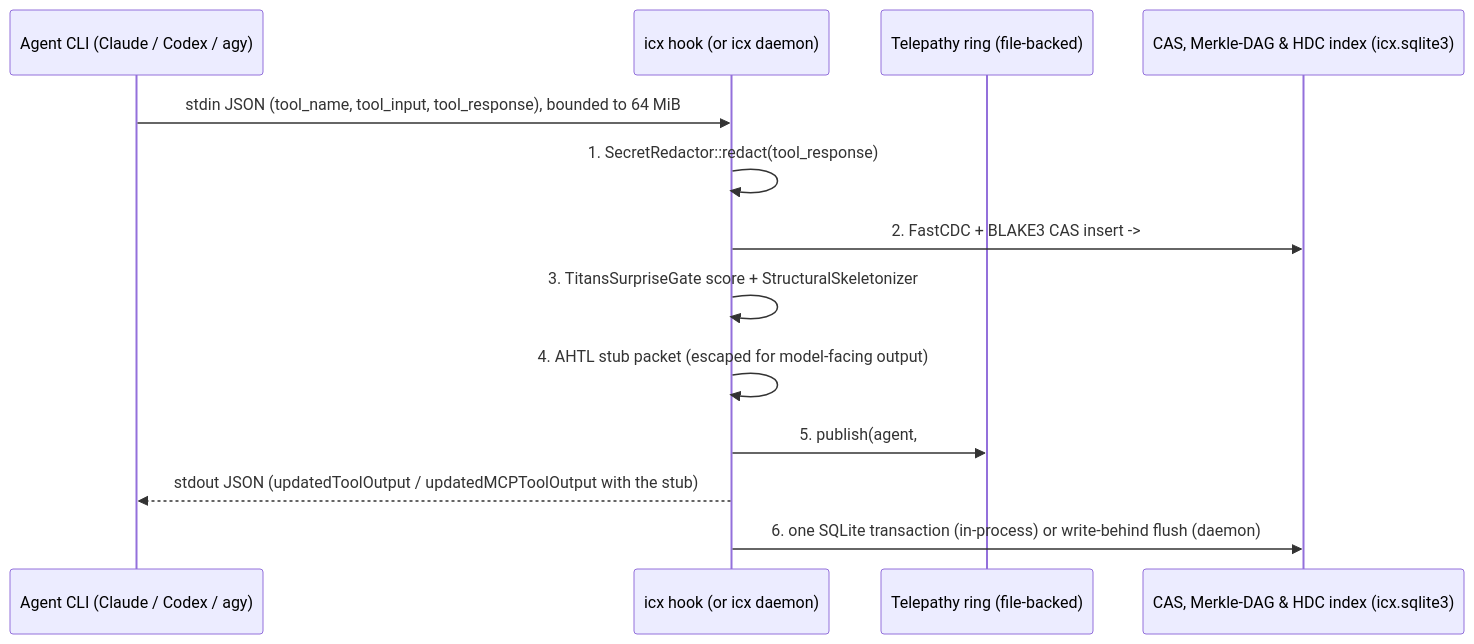
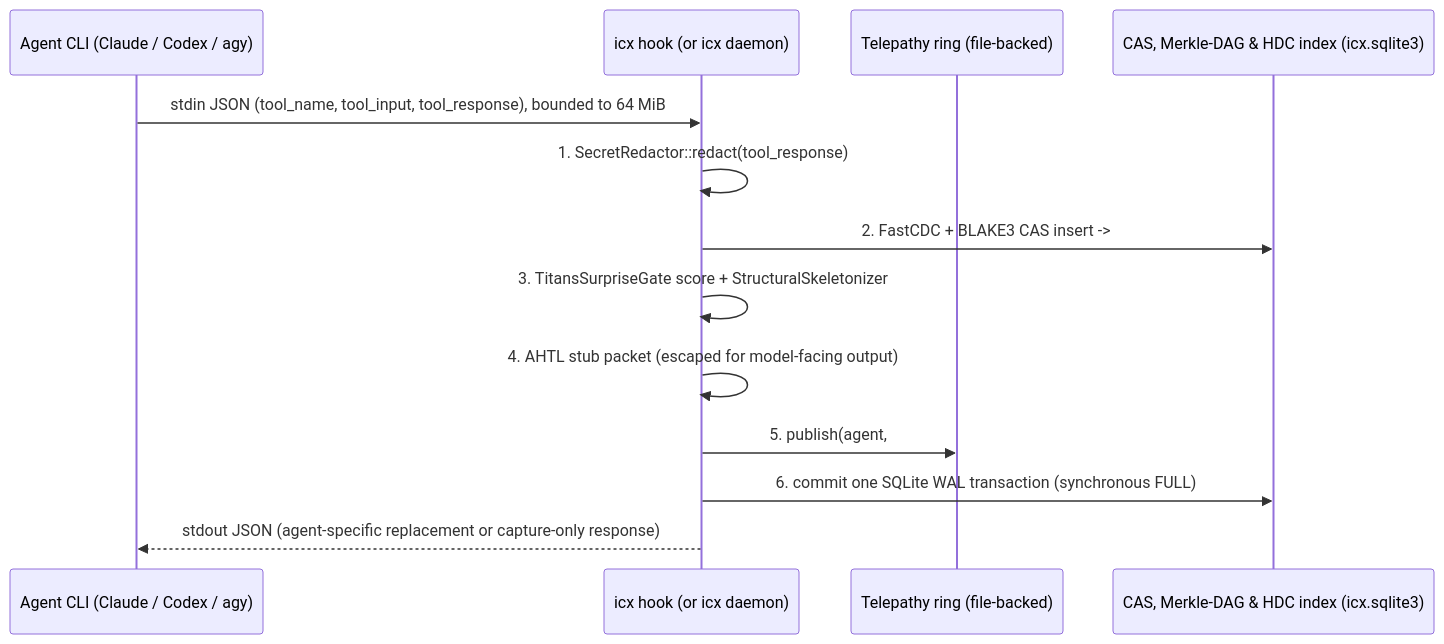
The second of 2 diagrams in docs/architecture.md (doublegate/Infinity-Context), drawn with Mermaid before and after one commit. The commit also changed other lines of this file and 594 other files, not shown here.

````diff
--- a/docs/architecture.md
+++ b/docs/architecture.md
@@ -73,16 +77,16 @@
 ```mermaid
 sequenceDiagram
     participant Agent as Agent CLI (Claude / Codex / agy)
     participant Hook as icx hook (or icx daemon)
     participant Bus as Telepathy ring (file-backed)
     participant Store as CAS, Merkle-DAG & HDC index (icx.sqlite3)
 
     Agent->>Hook: stdin JSON (tool_name, tool_input, tool_response), bounded to 64 MiB
     Hook->>Hook: 1. SecretRedactor::redact(tool_response)
     Hook->>Store: 2. FastCDC + BLAKE3 CAS insert -> #icx:7f3a91c0d2e4b6a8
     Hook->>Hook: 3. TitansSurpriseGate score + StructuralSkeletonizer
     Hook->>Hook: 4. AHTL stub packet (escaped for model-facing output)
     Hook->>Bus: 5. publish(agent, #icx:7f3a91c0d2e4b6a8, hdc_sketch, fractal_q15, packet)
-    Hook-->>Agent: stdout JSON (updatedToolOutput / updatedMCPToolOutput with the stub)
-    Hook->>Store: 6. one SQLite transaction (in-process) or write-behind flush (daemon)
+    Hook->>Store: 6. commit one SQLite WAL transaction (synchronous FULL)
+    Hook-->>Agent: stdout JSON (agent-specific replacement or capture-only response)
 ```
````
